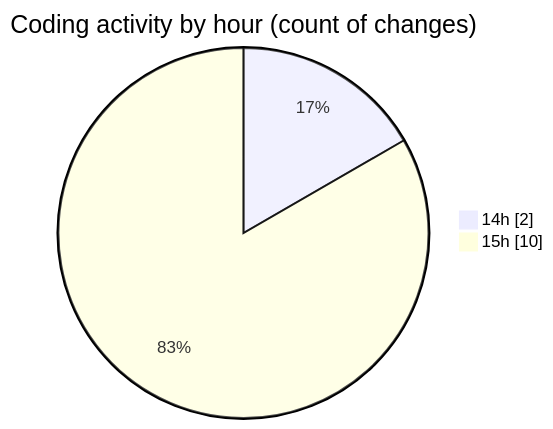
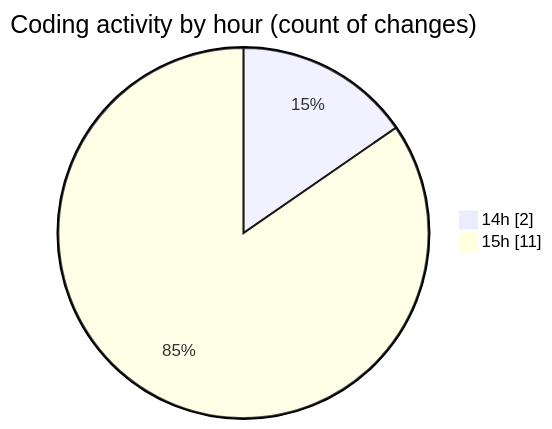
One commit to ricardozamudiocil/code-tracking changed the second of 2 diagrams in 2026-09-30/cilreports__workspace_/README.md. Above: the diagram before and after it, drawn with Mermaid. The commit also changed other lines of this file and 1 other file, not shown here.

````diff
--- a/2026-09-30/cilreports__workspace_/README.md
+++ b/2026-09-30/cilreports__workspace_/README.md
@@ -30,6 +32,6 @@
 ```mermaid
 pie showData
 title Coding activity by hour (count of changes)
 "14h" : 2
-"15h" : 10
+"15h" : 11
 ```
````
